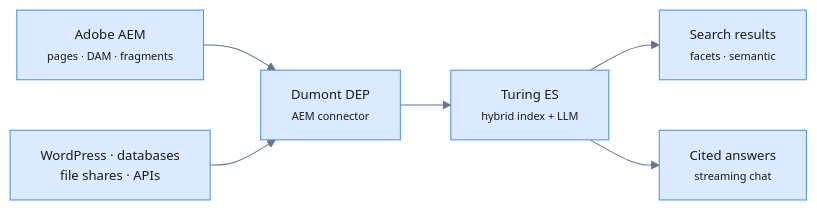
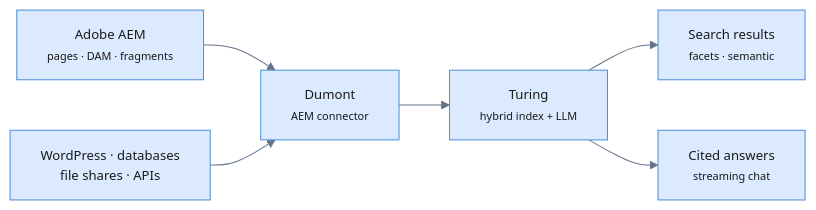
One commit to openviglet/docs changed the diagram in blog/2026-07-27-turing-aem-search/index.md. Above: the diagram before and after it, drawn with Mermaid. The commit also changed other lines of this file and 157 other files, not shown here.

````diff
--- a/blog/2026-07-27-turing-aem-search/index.md
+++ b/blog/2026-07-27-turing-aem-search/index.md
@@ -79,12 +79,12 @@
 ```mermaid
 %%{init: {'theme': 'base', 'themeVariables': {'fontSize': '13px', 'lineColor': '#64748b'}}}%%
 flowchart LR
-    AEM["Adobe AEM<br/><small>pages · DAM · fragments</small>"] --> DEP["Dumont DEP<br/><small>AEM connector</small>"]
+    AEM["Adobe AEM<br/><small>pages · DAM · fragments</small>"] --> DEP["Dumont<br/><small>AEM connector</small>"]
     OTHER["WordPress · databases<br/>file shares · APIs"] --> DEP
-    DEP --> TUR["Turing ES<br/><small>hybrid index + LLM</small>"]
+    DEP --> TUR["Turing<br/><small>hybrid index + LLM</small>"]
     TUR --> SEARCH["Search results<br/><small>facets · semantic</small>"]
     TUR --> CHAT["Cited answers<br/><small>streaming chat</small>"]
 
     classDef b fill:#dbeafe,stroke:#4A90D9,color:#1a1a1a;
     class AEM,OTHER,DEP,TUR,SEARCH,CHAT b;
 ```
````
